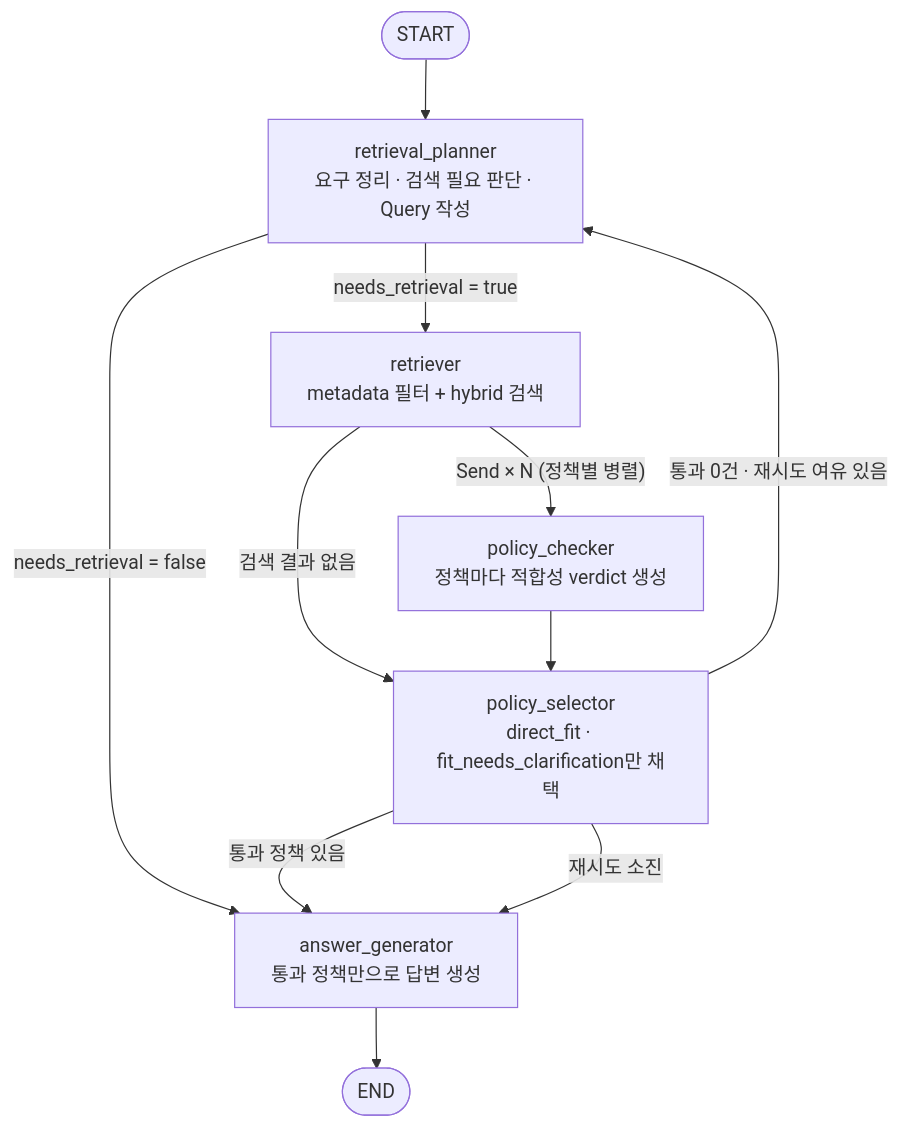
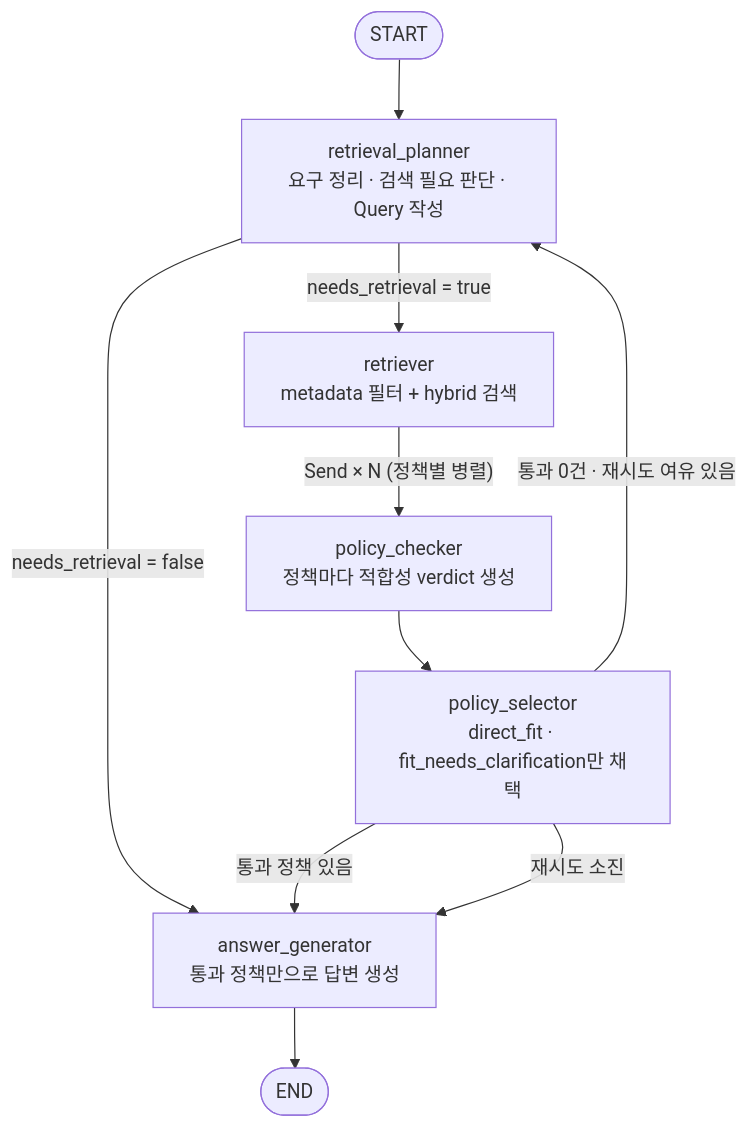
Before and after one commit to SungjinWi99/Youth-Policy-RAG: the diagram in README.md, drawn with Mermaid. The commit also changed other lines of this file and 1 other file, not shown here.

First line of the commit message:
docs: replace system diagram with a light-mode SVG architecture image

````diff
--- a/README.md
+++ b/README.md
@@ -80,13 +55,12 @@
 ```mermaid
 flowchart TD
     BEGIN([START]) --> PLANNER["retrieval_planner<br/>요구 정리 · 검색 필요 판단 · Query 작성"]
     PLANNER -->|"needs_retrieval = false"| GEN
     PLANNER -->|"needs_retrieval = true"| RET["retriever<br/>metadata 필터 + hybrid 검색"]
     RET -->|"Send × N (정책별 병렬)"| CHK["policy_checker<br/>정책마다 적합성 verdict 생성"]
-    RET -->|"검색 결과 없음"| SEL
     CHK --> SEL["policy_selector<br/>direct_fit · fit_needs_clarification만 채택"]
     SEL -->|"통과 정책 있음"| GEN["answer_generator<br/>통과 정책만으로 답변 생성"]
     SEL -->|"통과 0건 · 재시도 여유 있음"| PLANNER
     SEL -->|"재시도 소진"| GEN
     GEN --> FINISH([END])
 ```
````
